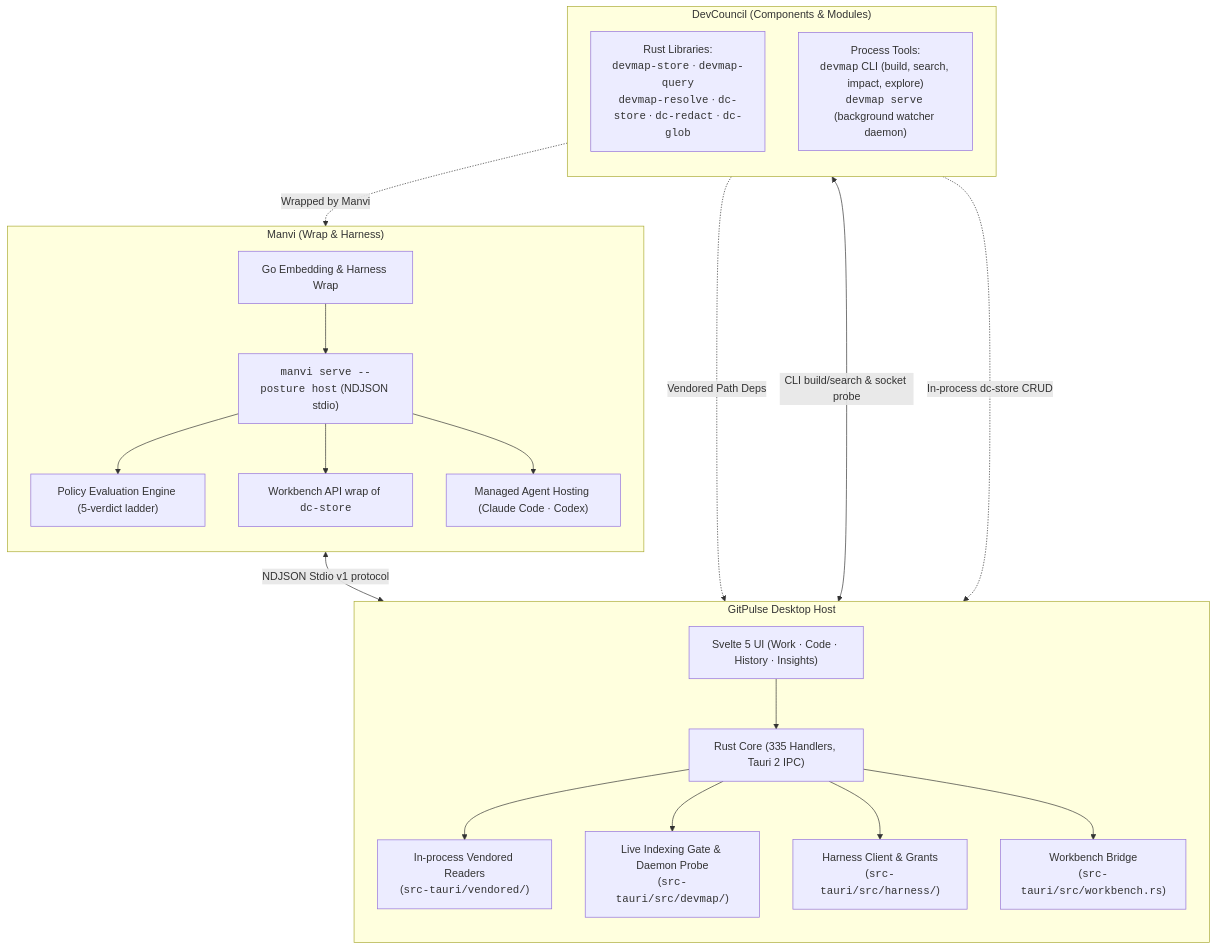
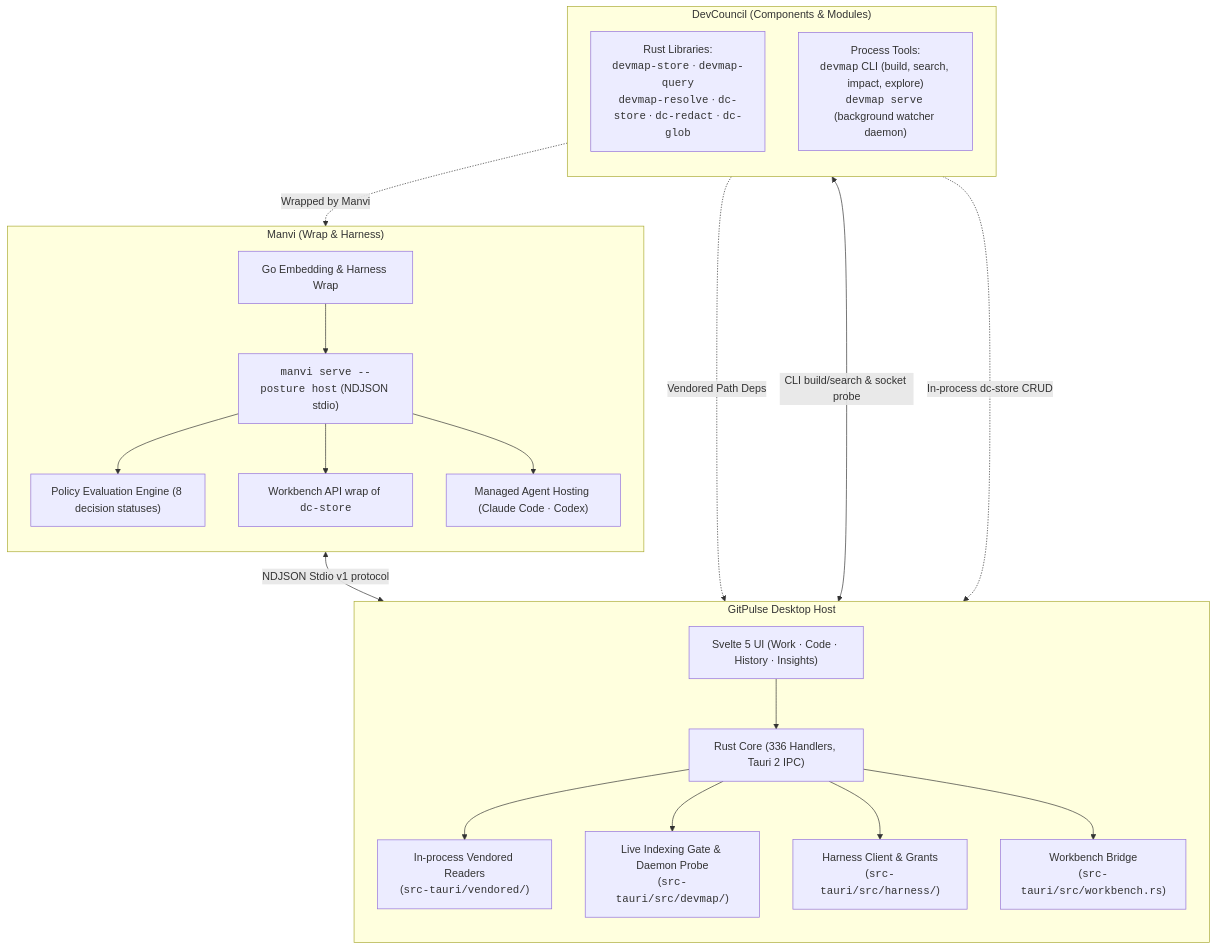
One commit to bharathvbcr/GitPulse changed the first of 3 diagrams in docs/MODULE_INTEGRATION.md. Above: the diagram before and after it, drawn with Mermaid. The commit also changed 17 other files, not shown here.

````diff
--- a/docs/MODULE_INTEGRATION.md
+++ b/docs/MODULE_INTEGRATION.md
@@ -40,43 +40,43 @@
 ```mermaid
 flowchart TD
     subgraph DevCouncil["DevCouncil (Components & Modules)"]
         direction TB
         DCLibs["Rust Libraries:<br/><code>devmap-store</code> · <code>devmap-query</code><br/><code>devmap-resolve</code> · <code>dc-store</code> · <code>dc-redact</code> · <code>dc-glob</code>"]
         DCCLI["Process Tools:<br/><code>devmap</code> CLI (build, search, impact, explore)<br/><code>devmap serve</code> (background watcher daemon)"]
     end
 
     subgraph Manvi["Manvi (Wrap & Harness)"]
         direction TB
         ManviWrap["Go Embedding & Harness Wrap"]
         ManviSidecar["<code>manvi serve --posture host</code> (NDJSON stdio)"]
-        ManviPolicy["Policy Evaluation Engine (5-verdict ladder)"]
+        ManviPolicy["Policy Evaluation Engine (8 decision statuses)"]
         ManviWorkbench["Workbench API wrap of <code>dc-store</code>"]
         ManviAgents["Managed Agent Hosting (Claude Code · Codex)"]
         ManviWrap --> ManviSidecar
         ManviSidecar --> ManviPolicy
         ManviSidecar --> ManviWorkbench
         ManviSidecar --> ManviAgents
     end
 
     subgraph GitPulseHost["GitPulse Desktop Host"]
         direction TB
         UIHost["Svelte 5 UI (Work · Code · History · Insights)"]
-        RustIPC["Rust Core (335 Handlers, Tauri 2 IPC)"]
+        RustIPC["Rust Core (336 Handlers, Tauri 2 IPC)"]
         InProcessReaders["In-process Vendored Readers<br/>(<code>src-tauri/vendored/</code>)"]
         CLIGate["Live Indexing Gate & Daemon Probe<br/>(<code>src-tauri/src/devmap/</code>)"]
         HarnessClient["Harness Client & Grants<br/>(<code>src-tauri/src/harness/</code>)"]
         WorkbenchCmd["Workbench Bridge<br/>(<code>src-tauri/src/workbench.rs</code>)"]
 
         UIHost --> RustIPC
         RustIPC --> InProcessReaders
         RustIPC --> CLIGate
         RustIPC --> HarnessClient
         RustIPC --> WorkbenchCmd
     end
 
     DCLibs -.->|Vendored Path Deps| InProcessReaders
     DCCLI <-->|CLI build/search & socket probe| CLIGate
     DCLibs -.->|Wrapped by Manvi| ManviWorkbench
     ManviSidecar <-->|NDJSON Stdio v1 protocol| HarnessClient
     DCLibs -.->|In-process dc-store CRUD| WorkbenchCmd
 ```
````
